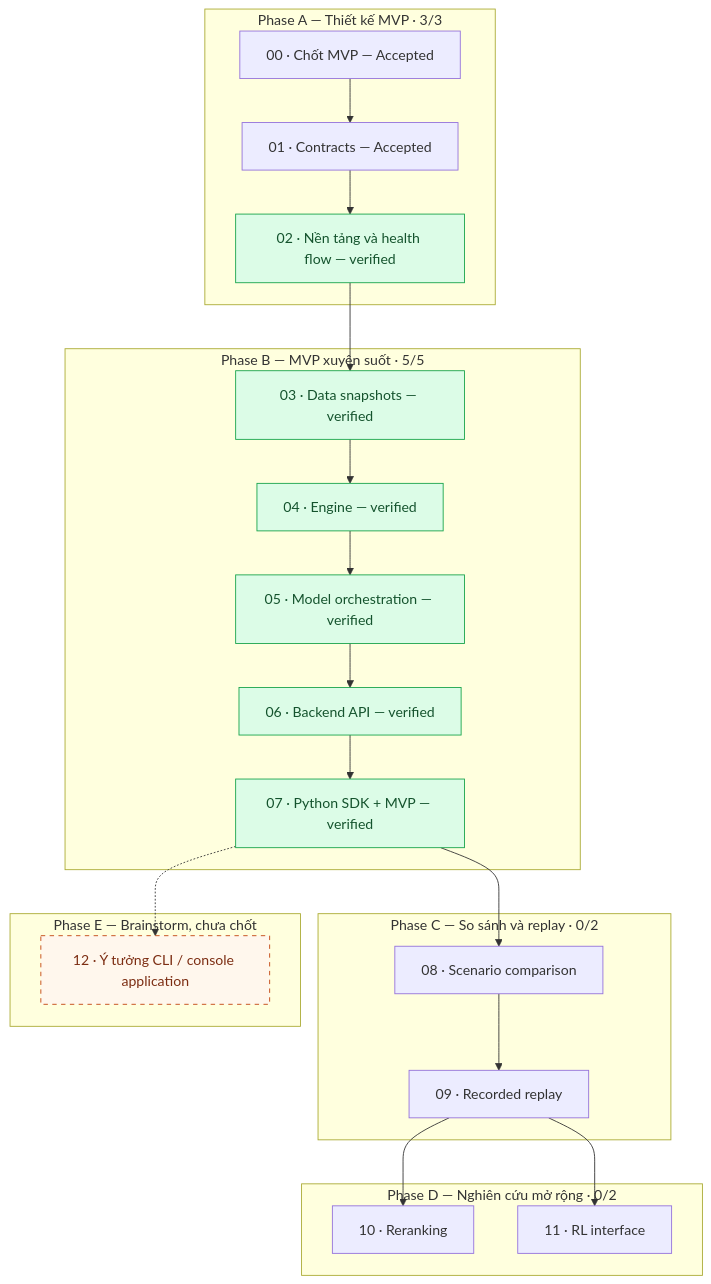
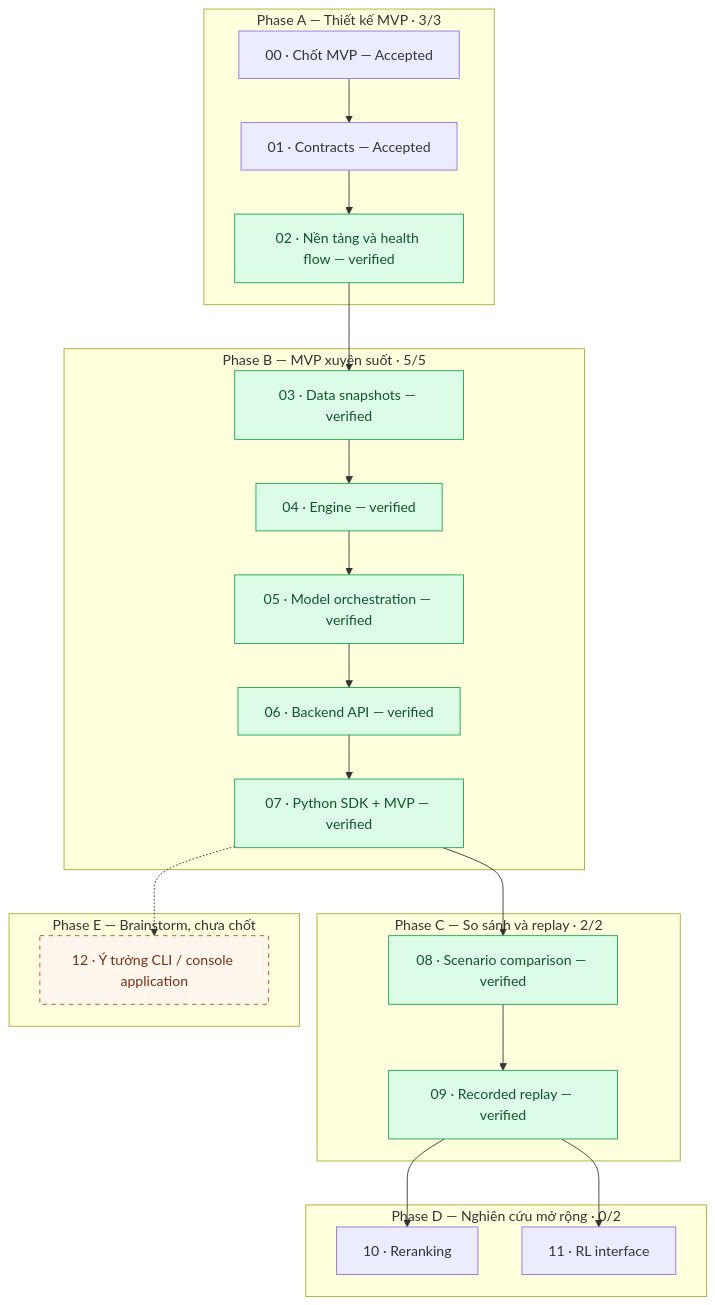
The diagram in plan/implementation/README.md (ryantr-statinops/factorsbt), drawn with Mermaid before and after one commit. The commit also changed other lines of this file, not shown here.

Commit message:
docs(plan): close Phase C verification

````diff
--- a/plan/implementation/README.md
+++ b/plan/implementation/README.md
@@ -48,38 +48,38 @@
 ```mermaid
 flowchart TD
     subgraph A["Phase A — Thiết kế MVP · 3/3"]
         A0["00 · Chốt MVP — Accepted"] --> A1["01 · Contracts — Accepted"]
         A1 --> A2["02 · Nền tảng và health flow — verified"]
     end
 
     subgraph B["Phase B — MVP xuyên suốt · 5/5"]
         B0["03 · Data snapshots — verified"] --> B1["04 · Engine — verified"]
         B1 --> B2["05 · Model orchestration — verified"]
         B2 --> B3["06 · Backend API — verified"]
         B3 --> B4["07 · Python SDK + MVP — verified"]
     end
 
-    subgraph C["Phase C — So sánh và replay · 0/2"]
-        C0["08 · Scenario comparison"] --> C1["09 · Recorded replay"]
+    subgraph C["Phase C — So sánh và replay · 2/2"]
+        C0["08 · Scenario comparison — verified"] --> C1["09 · Recorded replay — verified"]
     end
 
     subgraph D["Phase D — Nghiên cứu mở rộng · 0/2"]
         D0["10 · Reranking"]
         D1["11 · RL interface"]
     end
 
     subgraph E["Phase E — Brainstorm, chưa chốt"]
         E0["12 · Ý tưởng CLI / console application"]
     end
 
     A2 --> B0
     B4 --> C0
     C1 --> D0
     C1 --> D1
     B4 -.-> E0
 
     classDef implemented fill:#dcfce7,stroke:#16a34a,color:#14532d
     classDef idea fill:#fff7ed,stroke:#c2410c,color:#7c2d12,stroke-dasharray:5 5
-    class A2,B0,B1,B2,B3,B4 implemented
+    class A2,B0,B1,B2,B3,B4,C0,C1 implemented
     class E0 idea
 ```
````
